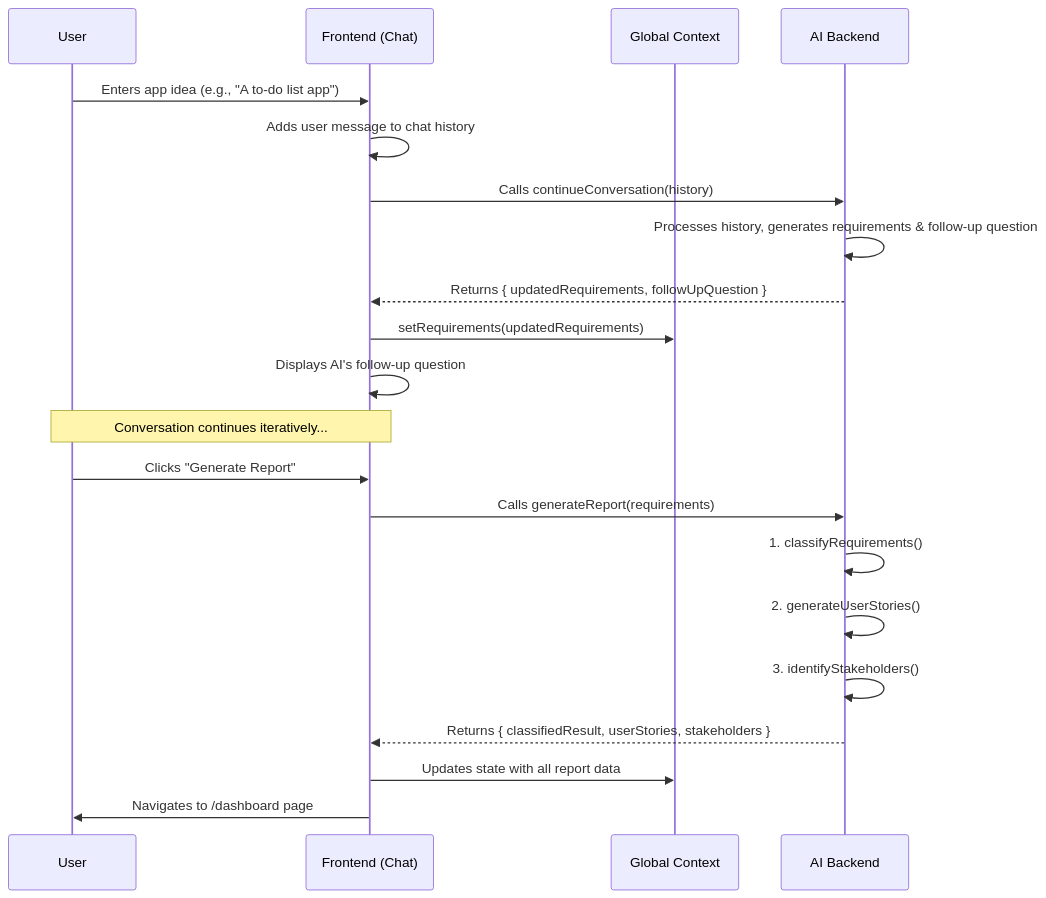
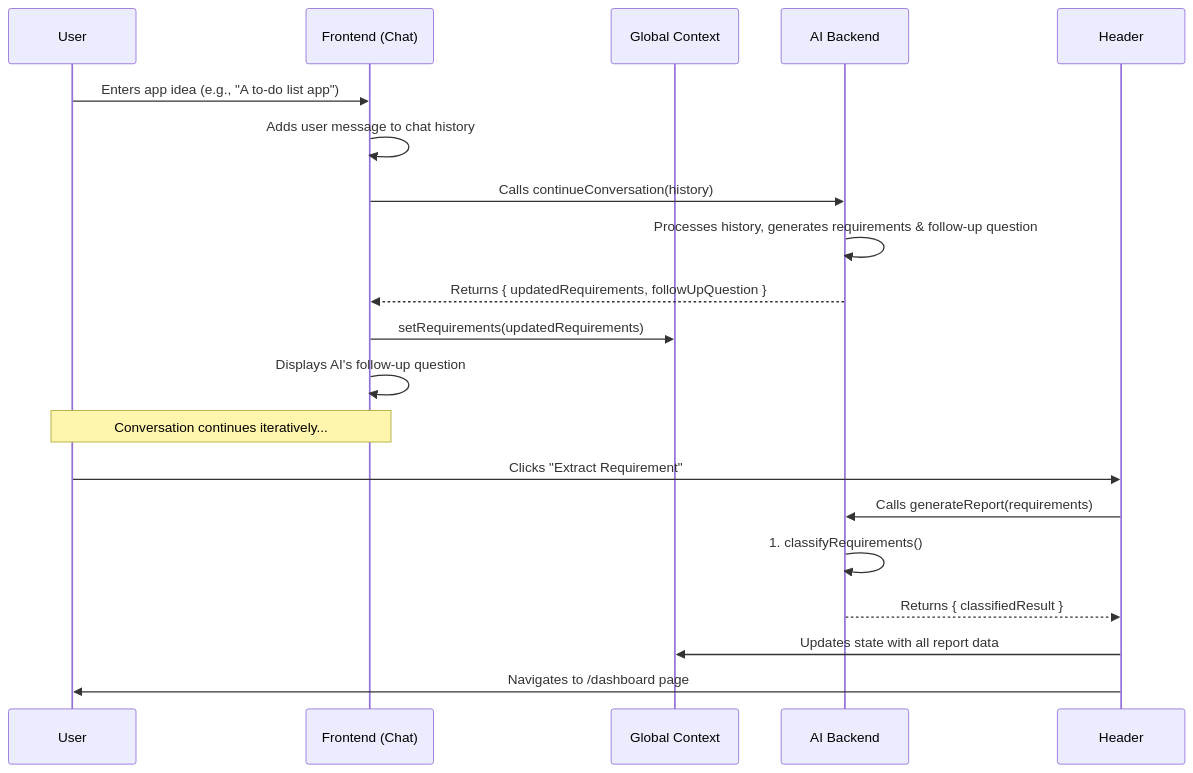
Before and after one commit to Ahmed291005/ReqPilot: the diagram in Project_Report.md, drawn with Mermaid. The commit also changed other lines of this file and 2 other files, not shown here.

Commit message:
change requirement repository table name to Requirements

````diff
--- a/Project_Report.md
+++ b/Project_Report.md
@@ -118,26 +111,24 @@
 ```mermaid
 sequenceDiagram
     participant User
     participant ChatView as Frontend (Chat)
     participant AppState as Global Context
     participant Genkit as AI Backend
 
     User->>ChatView: Enters app idea (e.g., "A to-do list app")
     ChatView->>ChatView: Adds user message to chat history
     ChatView->>Genkit: Calls continueConversation(history)
     Genkit->>Genkit: Processes history, generates requirements & follow-up question
     Genkit-->>ChatView: Returns { updatedRequirements, followUpQuestion }
     ChatView->>AppState: setRequirements(updatedRequirements)
     ChatView->>ChatView: Displays AI's follow-up question
     
     Note over User, ChatView: Conversation continues iteratively...
 
-    User->>ChatView: Clicks "Generate Report"
-    ChatView->>Genkit: Calls generateReport(requirements)
+    User->>Header: Clicks "Extract Requirement"
+    Header->>Genkit: Calls generateReport(requirements)
     Genkit->>Genkit: 1. classifyRequirements()
-    Genkit->>Genkit: 2. generateUserStories()
-    Genkit->>Genkit: 3. identifyStakeholders()
-    Genkit-->>ChatView: Returns { classifiedResult, userStories, stakeholders }
-    ChatView->>AppState: Updates state with all report data
-    ChatView->>User: Navigates to /dashboard page
+    Genkit-->>Header: Returns { classifiedResult }
+    Header->>AppState: Updates state with all report data
+    Header->>User: Navigates to /dashboard page
 ```
````
